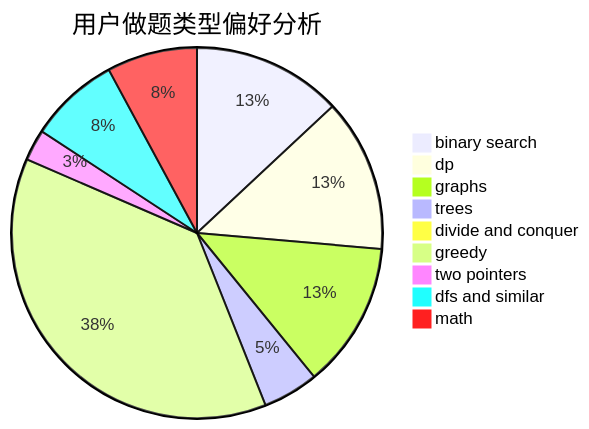
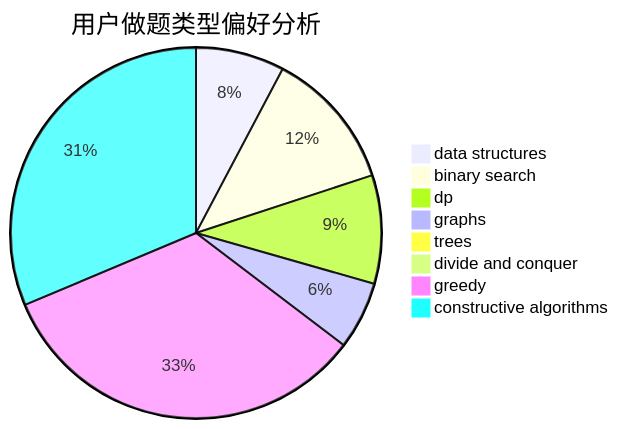
The second of 3 diagrams in docs/user/u2168.md (sherpahu/cfrs.github.io), drawn with Mermaid before and after one commit. The commit also changed other lines of this file and 2775 other files, not shown here.

````diff
--- a/docs/user/u2168.md
+++ b/docs/user/u2168.md
@@ -23,12 +23,11 @@
 ```mermaid
 pie title 用户做题类型偏好分析
-    "binary search" :  172
-    "dp" :  176
-    "graphs" :  168
-    "trees" :  64
+    "data structures" :  81
+    "binary search" :  128
+    "dp" :  99
+    "graphs" :  62
+    "trees" :  8
     "divide and conquer" :  0
-    "greedy" :  495
-    "two pointers" :  36
-    "dfs and similar" :  104
-    "math" :  104
+    "greedy" :  349
+    "constructive algorithms" :  328
 ```
````
